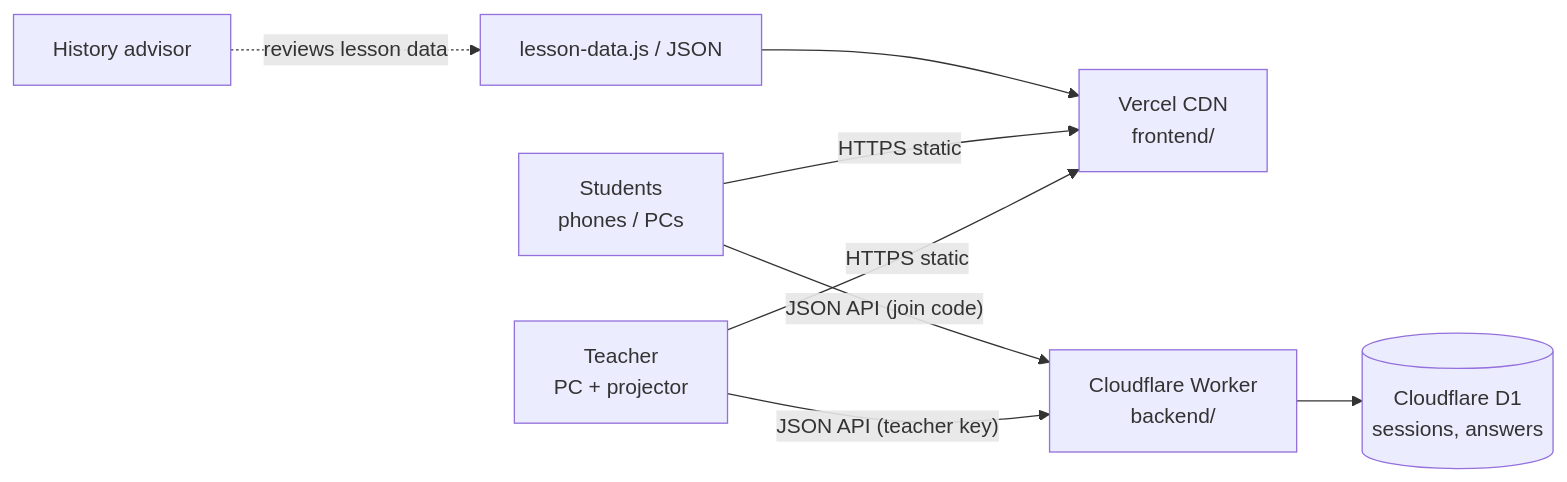
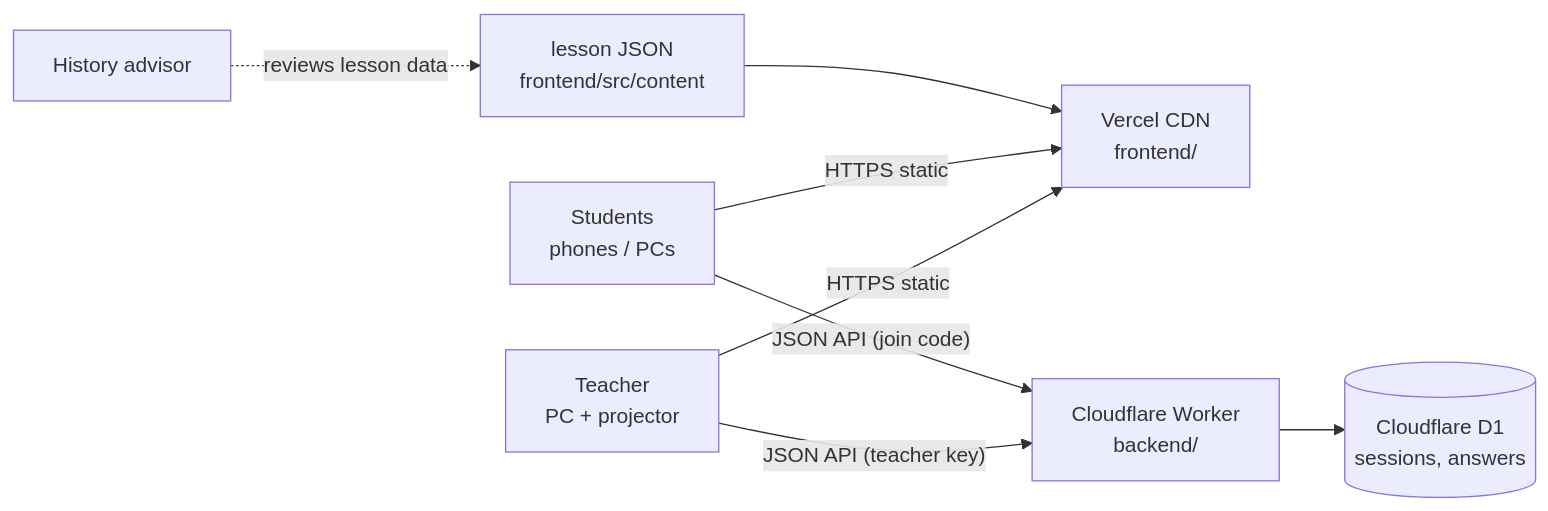
The first of 3 diagrams in docs/architecture/SYSTEM_DESIGN.md (trungtran17822/VietNam_history), drawn with Mermaid before and after one commit. The commit also changed other lines of this file and 100 other files, not shown here.

First line of the commit message:
Frontend v2: Vite + React + TypeScript, data-driven scene, authoring form

````diff
--- a/docs/architecture/SYSTEM_DESIGN.md
+++ b/docs/architecture/SYSTEM_DESIGN.md
@@ -22,10 +22,10 @@
 ```mermaid
 flowchart LR
   T[Teacher<br/>PC + projector] -- HTTPS static --> V[Vercel CDN<br/>frontend/]
   S[Students<br/>phones / PCs] -- HTTPS static --> V
   T -- JSON API (teacher key) --> W[Cloudflare Worker<br/>backend/]
   S -- JSON API (join code) --> W
   W --> D[(Cloudflare D1<br/>sessions, answers)]
-  A[History advisor] -. reviews lesson data .-> L[lesson-data.js / JSON]
+  A[History advisor] -. reviews lesson data .-> L[lesson JSON<br/>frontend/src/content]
   L --> V
 ```
````
